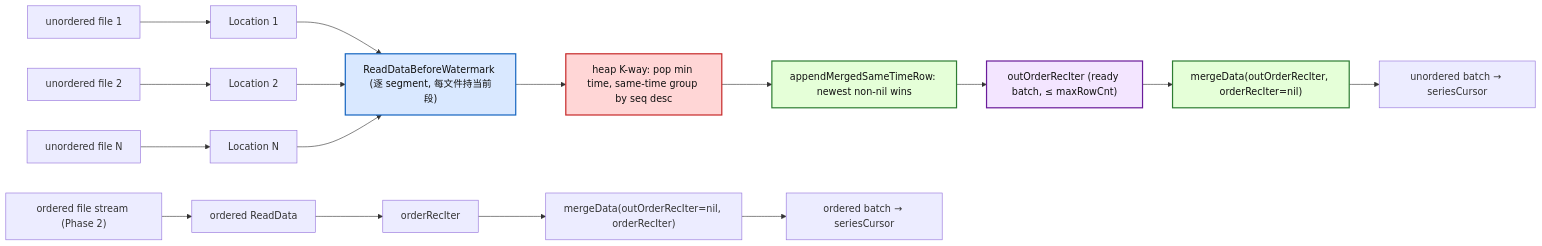
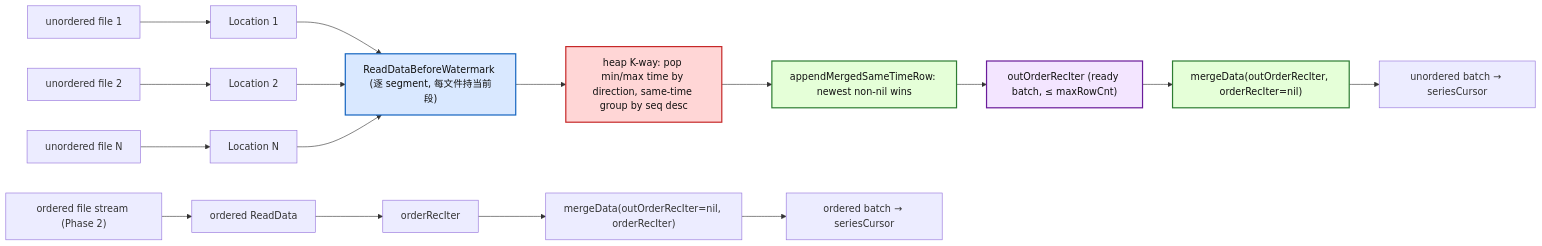
The fifth of 8 diagrams in tsmMergeCursor_unordered_merge_proposal.md (zhiwangdu/openGemini), drawn with Mermaid before and after one commit. The commit also changed other lines of this file, not shown here.

````diff
--- a/tsmMergeCursor_unordered_merge_proposal.md
+++ b/tsmMergeCursor_unordered_merge_proposal.md
@@ -322,31 +322,31 @@
 ```mermaid
 flowchart LR
     U1["unordered file 1"] --> L1["Location 1"]
     U2["unordered file 2"] --> L2["Location 2"]
     UN["unordered file N"] --> LN["Location N"]
 
     L1 --> W["ReadDataBeforeWatermark (逐 segment, 每文件持当前段)"]
     L2 --> W
     LN --> W
-    W --> H["heap K-way: pop min time, same-time group by seq desc"]
+    W --> H["heap K-way: pop min/max time by direction, same-time group by seq desc"]
     H --> SG["appendMergedSameTimeRow: newest non-nil wins"]
     SG --> RB["outOrderRecIter (ready batch, ≤ maxRowCnt)"]
 
     RB --> MD["mergeData(outOrderRecIter, orderRecIter=nil)"]
     MD --> OUT1["unordered batch → seriesCursor"]
 
     OF["ordered file stream (Phase 2)"] --> OC["ordered ReadData"]
     OC --> OR["orderRecIter"]
     OR --> MD2["mergeData(outOrderRecIter=nil, orderRecIter)"]
     MD2 --> OUT2["ordered batch → seriesCursor"]
 
     W:::io
     H:::hot
     SG:::cpu
     RB:::mem
     MD:::cpu
     classDef hot fill:#ffd6d6,stroke:#c62828,stroke-width:2px,color:#111;
     classDef io fill:#d9e8ff,stroke:#1565c0,stroke-width:2px,color:#111;
     classDef cpu fill:#e5ffd8,stroke:#2e7d32,stroke-width:2px,color:#111;
     classDef mem fill:#f3e5ff,stroke:#6a1b9a,stroke-width:2px,color:#111;
 ```
````
